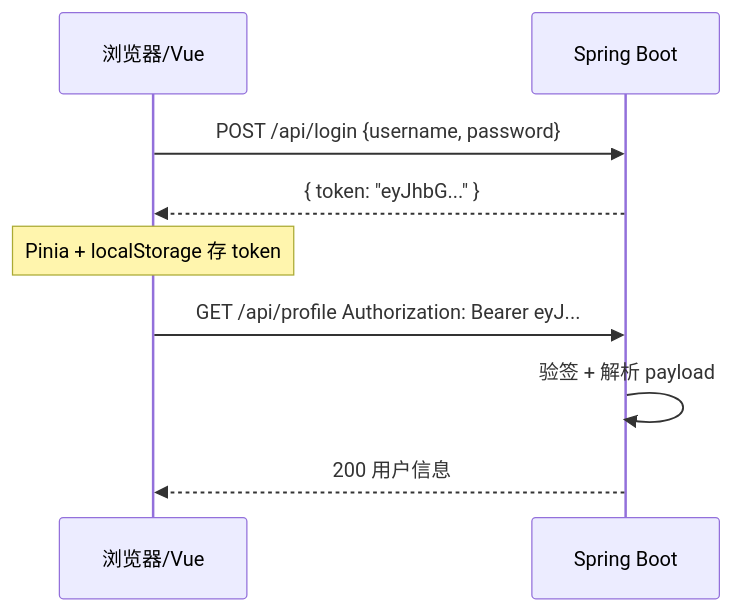
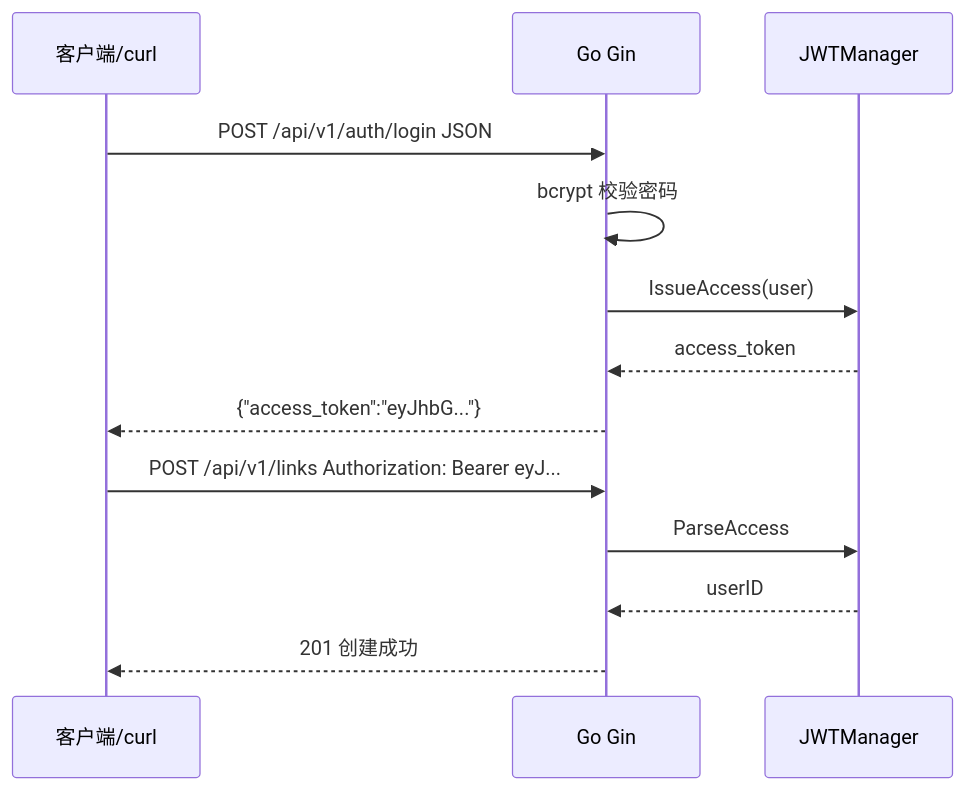
The fifth of 7 diagrams in 前端学习/计算机网络/06-缓存Cookie与会话机制.md (moqix26/study), drawn with Mermaid before and after one commit. The commit also changed other lines of this file and 10 other files, not shown here.

````diff
--- a/前端学习/计算机网络/06-缓存Cookie与会话机制.md
+++ b/前端学习/计算机网络/06-缓存Cookie与会话机制.md
@@ -478,12 +527,16 @@
 ```mermaid
 sequenceDiagram
-    participant C as 浏览器/Vue
-    participant S as Spring Boot
+    participant C as 客户端/curl
+    participant G as Go Gin
+    participant J as JWTManager
 
-    C->>S: POST /api/login {username, password}
-    S-->>C: { token: "eyJhbG..." }
-    Note over C: Pinia + localStorage 存 token
-    C->>S: GET /api/profile Authorization: Bearer eyJ...
-    S->>S: 验签 + 解析 payload
-    S-->>C: 200 用户信息
+    C->>G: POST /api/v1/auth/login JSON
+    G->>G: bcrypt 校验密码
+    G->>J: IssueAccess(user)
+    J-->>G: access_token
+    G-->>C: {"access_token":"eyJhbG..."}
+    C->>G: POST /api/v1/links Authorization: Bearer eyJ...
+    G->>J: ParseAccess
+    J-->>G: userID
+    G-->>C: 201 创建成功
 ```
````
